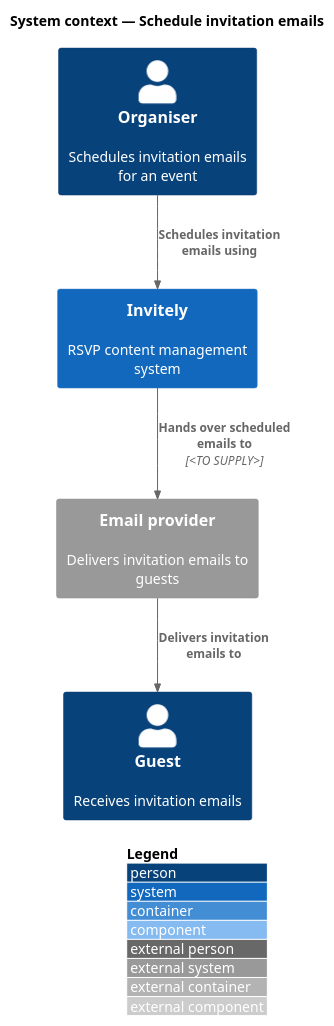
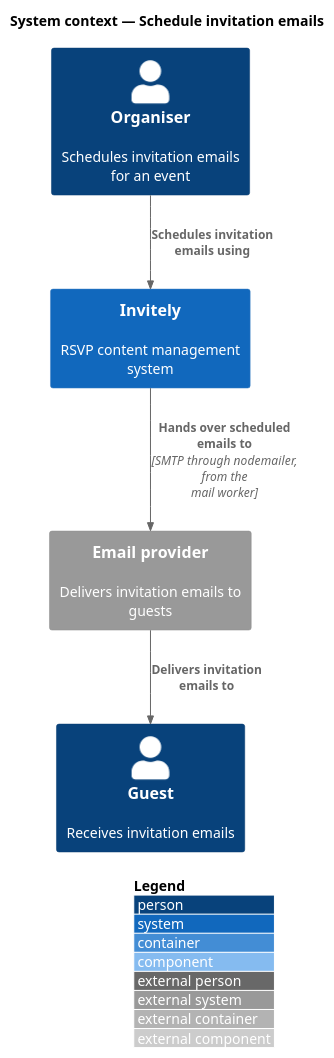
The diagram in docs/detailed-designs/invitations/schedule-invitations/diagrams/c4-context.puml (QuinntyneBrown/rsvp-cms), drawn with PlantUML before and after one commit. The commit also changed 45 other files, not shown here.

Commit message:
Add design-system component pages and tokens.json, fill in technologies in design diagrams

```diff
--- a/docs/detailed-designs/invitations/schedule-invitations/diagrams/c4-context.puml
+++ b/docs/detailed-designs/invitations/schedule-invitations/diagrams/c4-context.puml
@@ -1,14 +1,14 @@
 @startuml
 !include <C4/C4_Component>
 LAYOUT_WITH_LEGEND()
 title System context — Schedule invitation emails
 
 Person(organiser, "Organiser", "Schedules invitation emails for an event")
 Person(guest, "Guest", "Receives invitation emails")
 System(invitely, "Invitely", "RSVP content management system")
 System_Ext(mail, "Email provider", "Delivers invitation emails to guests")
 
 Rel(organiser, invitely, "Schedules invitation emails using")
-Rel(invitely, mail, "Hands over scheduled emails to", "<TO SUPPLY>")
+Rel(invitely, mail, "Hands over scheduled emails to", "SMTP through nodemailer, from the mail worker")
 Rel(mail, guest, "Delivers invitation emails to")
 @enduml
```
